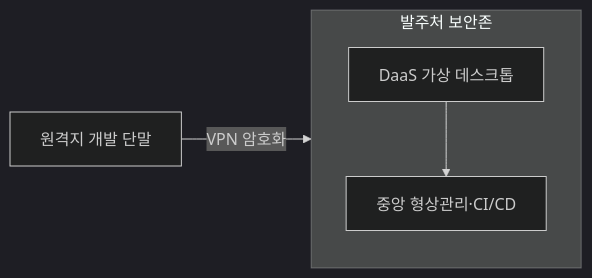
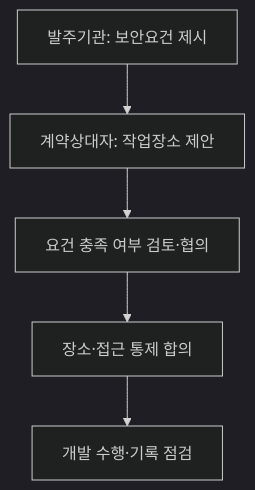
The first of 2 diagrams in src/content/docs/notes/itpe/02-software-engineering/103_remote_development.md (agnusdei1207/study), drawn with Mermaid (dark theme) before and after one commit. The commit also changed other lines of this file and 31 other files, not shown here.

````diff
--- a/src/content/docs/notes/itpe/02-software-engineering/103_remote_development.md
+++ b/src/content/docs/notes/itpe/02-software-engineering/103_remote_development.md
@@ -38,7 +53,7 @@
 ```mermaid
-flowchart LR
-    A["원격지 개발 단말"] -->|VPN 암호화| B
-    subgraph B["발주처 보안존"]
-        V["DaaS 가상 데스크톱"] --> R["중앙 형상관리·CI/CD"]
-    end
+flowchart TD
+    A["발주기관: 보안요건 제시"] --> B["계약상대자: 작업장소 제안"]
+    B --> C["요건 충족 여부 검토·협의"]
+    C --> D["장소·접근 통제 합의"]
+    D --> E["개발 수행·기록 점검"]
 ```
````
